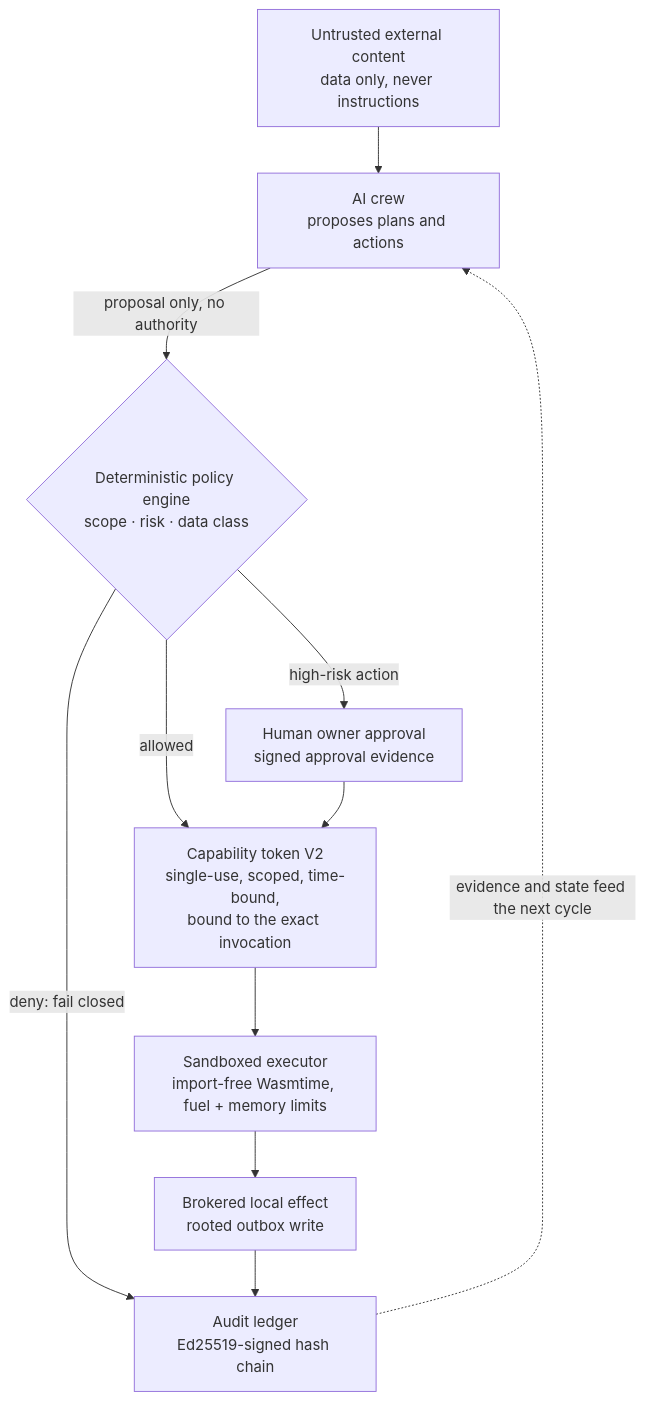
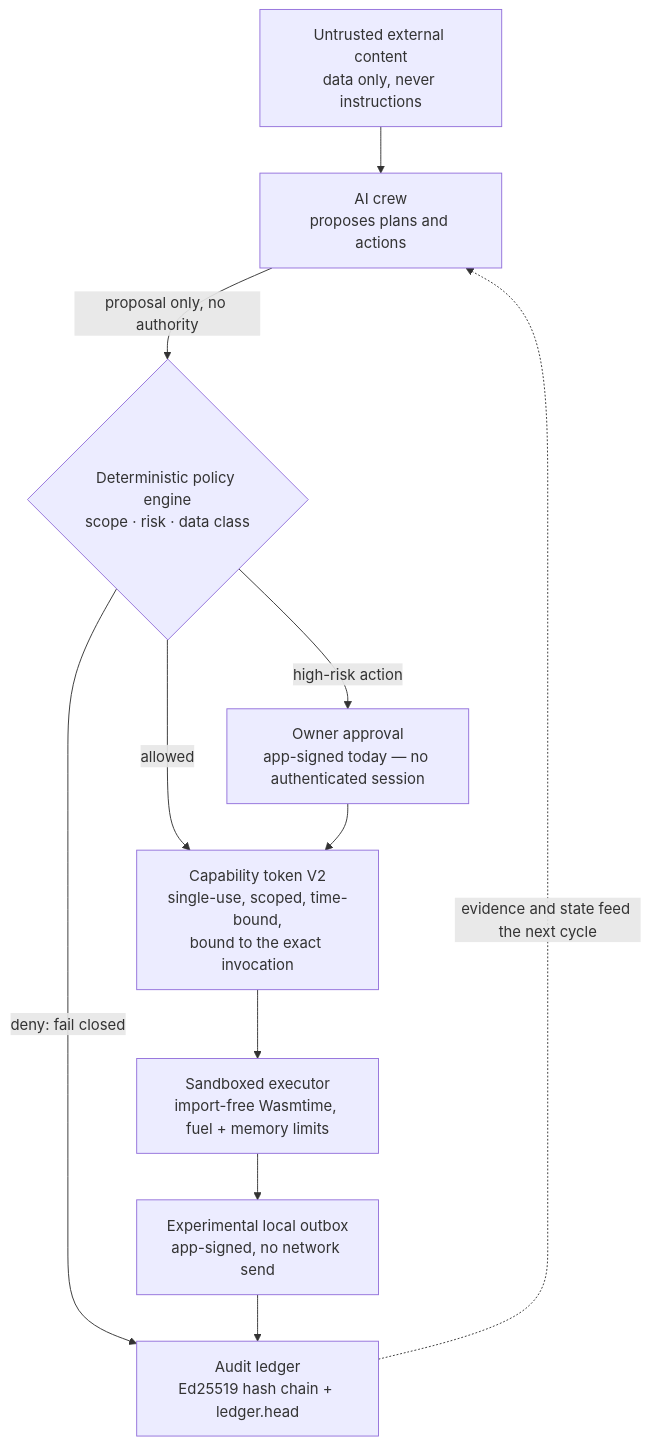
Before and after one commit to IcantFind-a-username/IcantFind-a-username: the first of 2 diagrams in README.md, drawn with Mermaid. The commit also changed other lines of this file, not shown here.

````diff
--- a/README.md
+++ b/README.md
@@ -90,13 +84,13 @@
 ```mermaid
 flowchart TD
     U["Untrusted external content<br/>data only, never instructions"] --> M["AI crew<br/>proposes plans and actions"]
     M -- "proposal only, no authority" --> P{"Deterministic policy engine<br/>scope · risk · data class"}
     P -- "deny: fail closed" --> L
-    P -- "high-risk action" --> H["Human owner approval<br/>signed approval evidence"]
+    P -- "high-risk action" --> H["Owner approval<br/>app-signed today — no authenticated session"]
     P -- "allowed" --> C
     H --> C["Capability token V2<br/>single-use, scoped, time-bound,<br/>bound to the exact invocation"]
     C --> S["Sandboxed executor<br/>import-free Wasmtime, fuel + memory limits"]
-    S --> E["Brokered local effect<br/>rooted outbox write"]
-    E --> L["Audit ledger<br/>Ed25519-signed hash chain"]
+    S --> E["Experimental local outbox<br/>app-signed, no network send"]
+    E --> L["Audit ledger<br/>Ed25519 hash chain + ledger.head"]
     L -. "evidence and state feed the next cycle" .-> M
 ```
````
